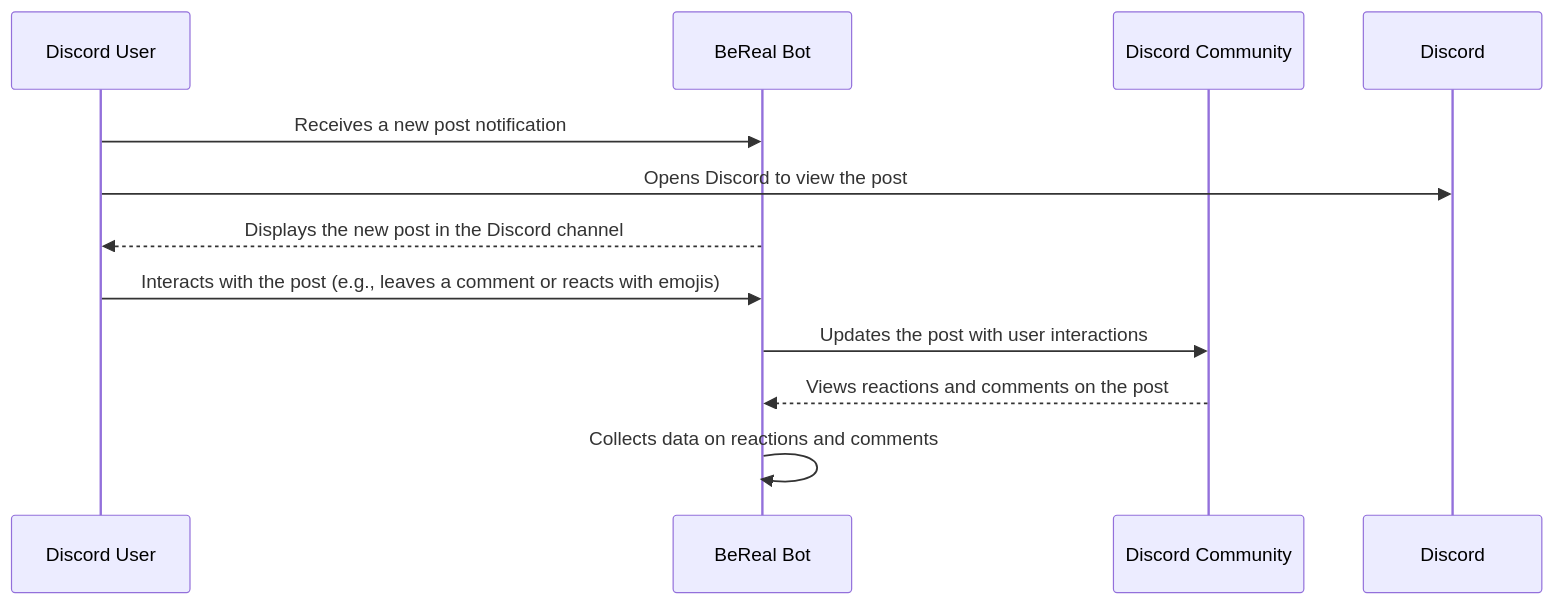
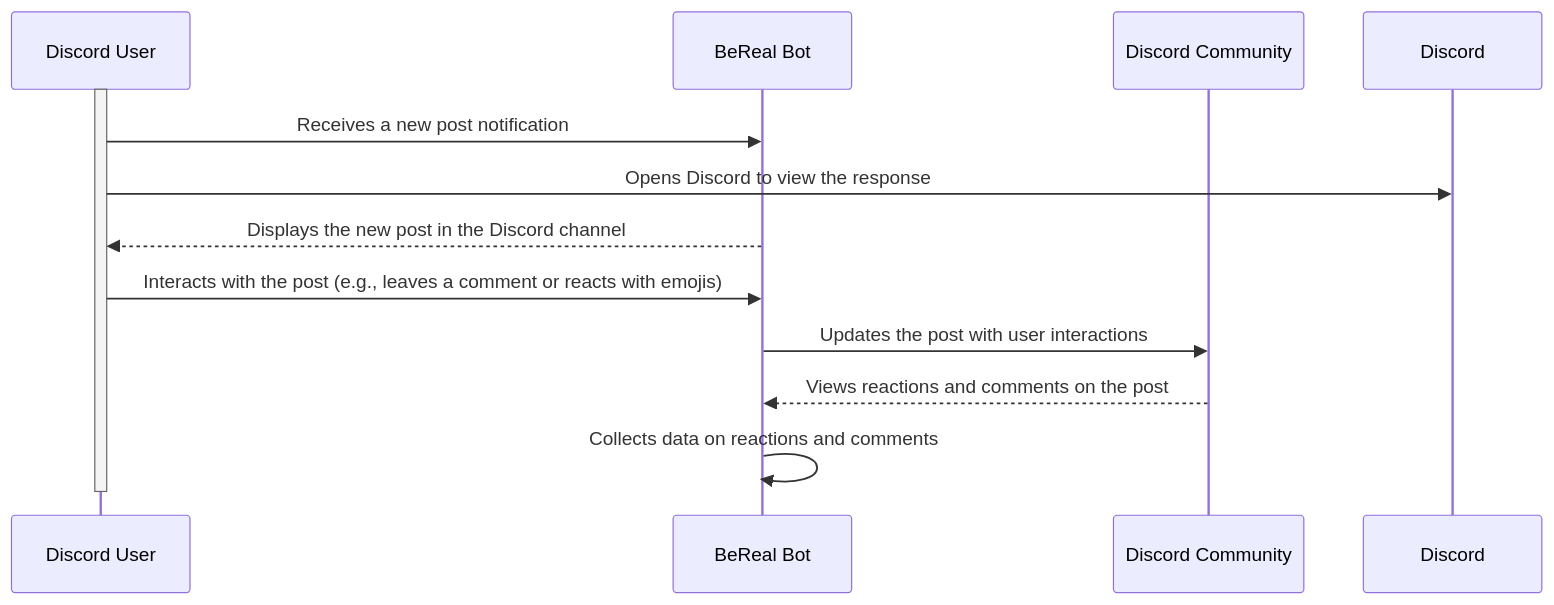
One commit to Capstone-Projects-2023-Fall/project-bereal-meets-slack changed the eighth of 11 diagrams in documentation/docs/system-architecture/design.md. Above: the diagram before and after it, drawn with Mermaid. The commit also changed other lines of this file, not shown here.

````diff
--- a/documentation/docs/system-architecture/design.md
+++ b/documentation/docs/system-architecture/design.md
@@ -367,18 +370,18 @@
 ```mermaid
 
 sequenceDiagram
     participant User as Discord User
     participant BeRealBot as BeReal Bot
     participant Community as Discord Community
 
+    activate User
     User ->> BeRealBot: Receives a new post notification
-    User ->> Discord: Opens Discord to view the post
+    User ->> Discord: Opens Discord to view the response
     BeRealBot -->> User: Displays the new post in the Discord channel
     User ->> BeRealBot: Interacts with the post (e.g., leaves a comment or reacts with emojis)
     BeRealBot ->> Community: Updates the post with user interactions
     Community -->> BeRealBot: Views reactions and comments on the post
     BeRealBot ->> BeRealBot: Collects data on reactions and comments
-
-
+    deactivate User
 
 ```
````
